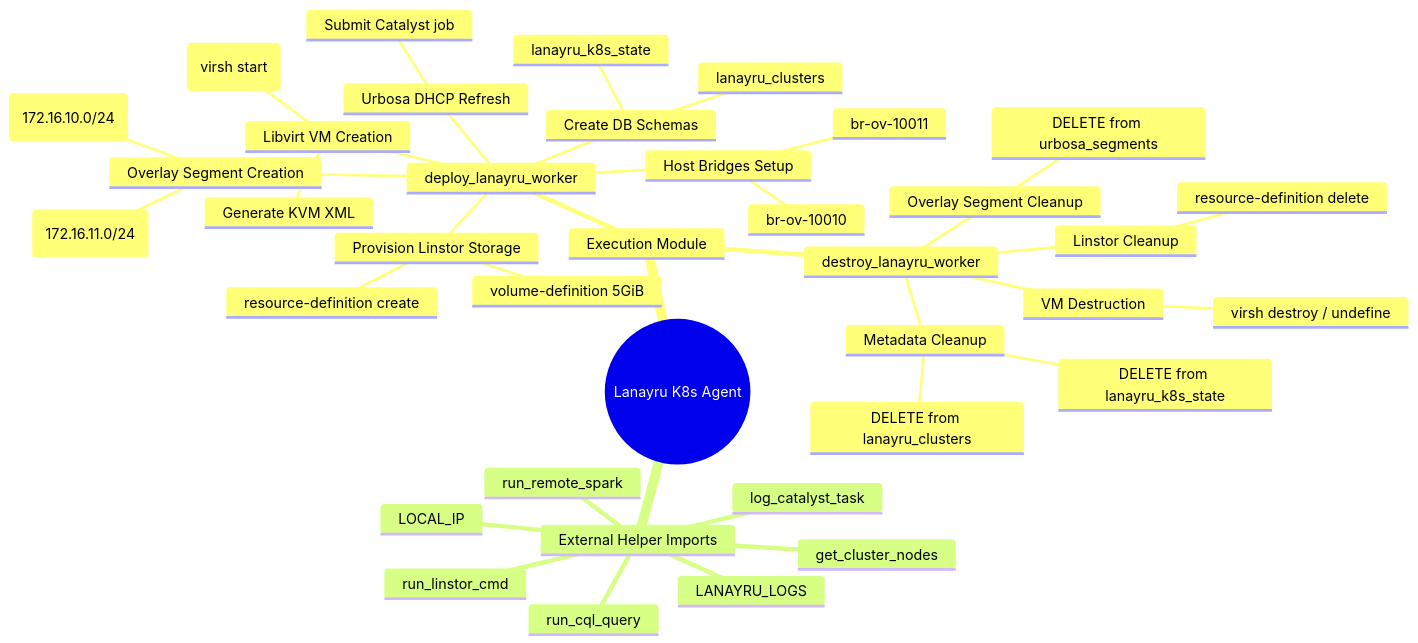
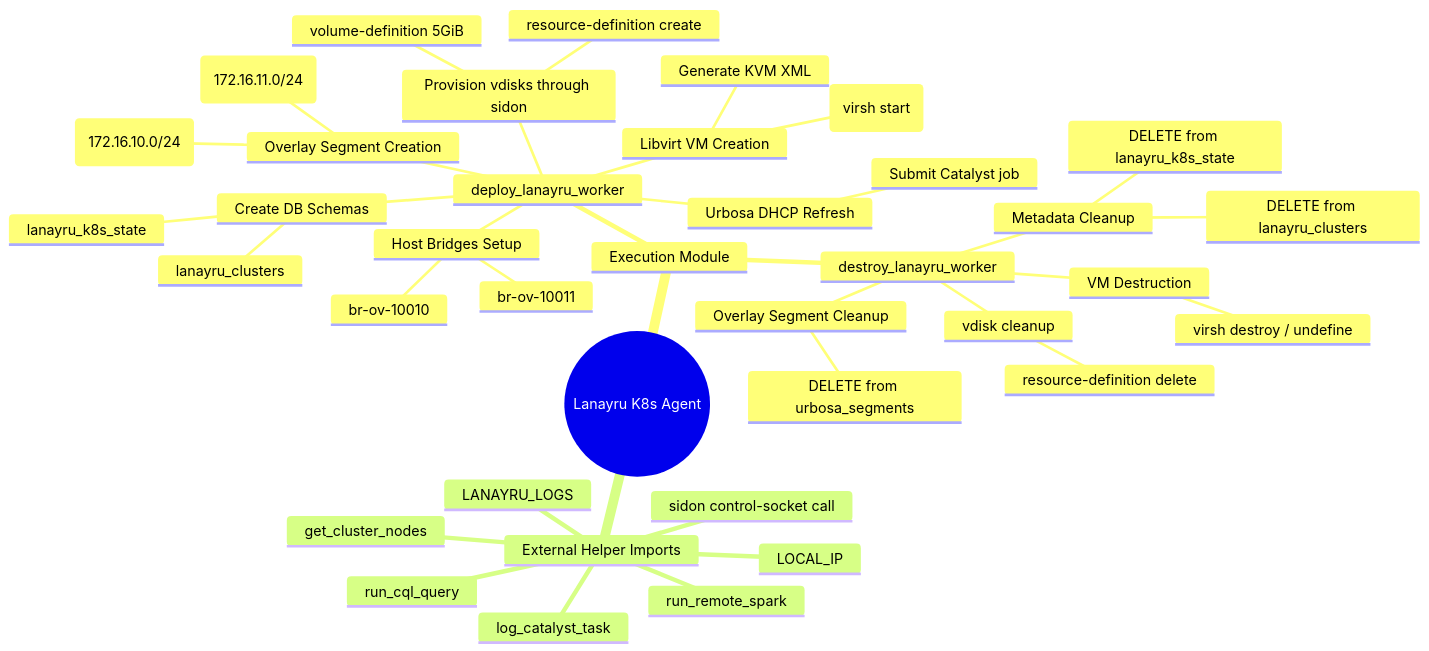
One commit to AuroraRyunix/Helios-HCI changed the diagram in docs/lanayru_technical.md. Above: the diagram before and after it, drawn with Mermaid. The commit also changed other lines of this file and 19 other files, not shown here.

````diff
--- a/docs/lanayru_technical.md
+++ b/docs/lanayru_technical.md
@@ -9,41 +9,41 @@
 ```mermaid
 mindmap
   root((Lanayru K8s Agent))
     Execution Module
       deploy_lanayru_worker
         Create DB Schemas
           lanayru_clusters
           lanayru_k8s_state
         Overlay Segment Creation
           Segment 1 (172.16.10.0/24)
           Segment 2 (172.16.11.0/24)
         Host Bridges Setup
           br-ov-10010
           br-ov-10011
-        Provision Linstor Storage
+        Provision vdisks through sidon
           resource-definition create
           volume-definition 5GiB
         Libvirt VM Creation
           Generate KVM XML
           Start VM (virsh start)
         Urbosa DHCP Refresh
           Submit Catalyst job
       destroy_lanayru_worker
         VM Destruction
           virsh destroy / undefine
-        Linstor Cleanup
+        vdisk cleanup
           resource-definition delete
         Overlay Segment Cleanup
           DELETE from urbosa_segments
         Metadata Cleanup
           DELETE from lanayru_clusters
           DELETE from lanayru_k8s_state
     External Helper Imports
       run_cql_query
       run_remote_spark
-      run_linstor_cmd
+      sidon control-socket call
       log_catalyst_task
       get_cluster_nodes
       LOCAL_IP
       LANAYRU_LOGS
 ```
````
